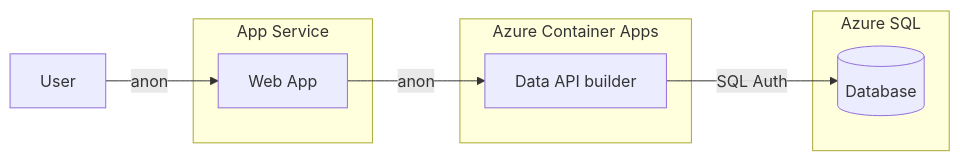
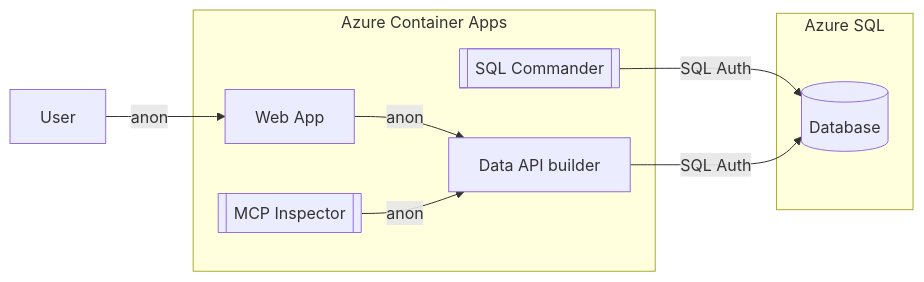
The first of 2 diagrams in quickstart1/README.md (JerryNixon/dab-quickstarts), drawn with Mermaid before and after one commit. The commit also changed other lines of this file and 12 other files, not shown here.

Commit message:
Adjusted App Service indicator

````diff
--- a/quickstart1/README.md
+++ b/quickstart1/README.md
@@ -24,20 +24,21 @@
 ```mermaid
 flowchart LR
     U[User]
 
-    subgraph App Service
+    subgraph Azure Container Apps
         W[Web App]
-    end
-
-    subgraph Azure Container Apps
         A[Data API builder]
+        M[[MCP Inspector]]
+        C[[SQL Commander]]
     end
 
     subgraph Azure SQL
         S[(Database)]
     end
 
     U -->|anon| W
     W -->|anon| A
+    M -->|anon| A
+    C -->|SQL Auth| S
     A -->|SQL Auth| S
 ```
````
